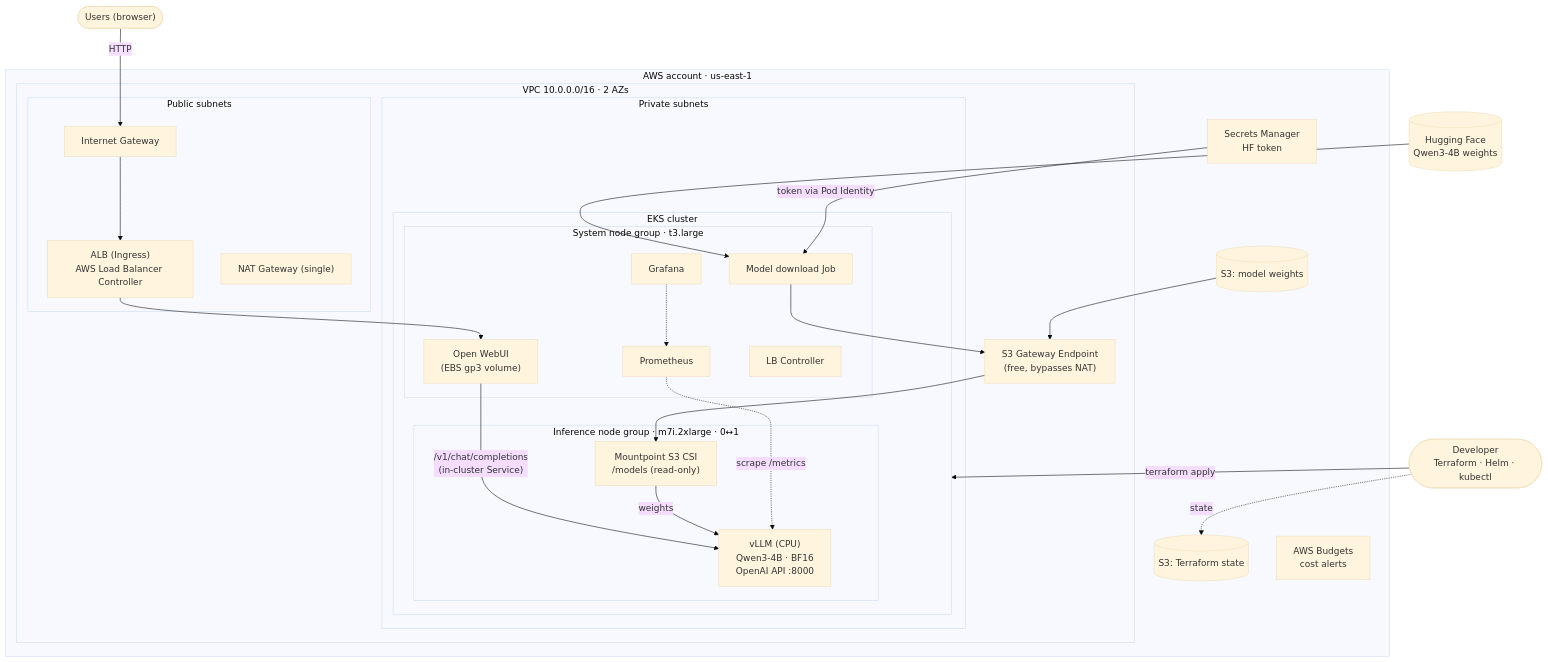
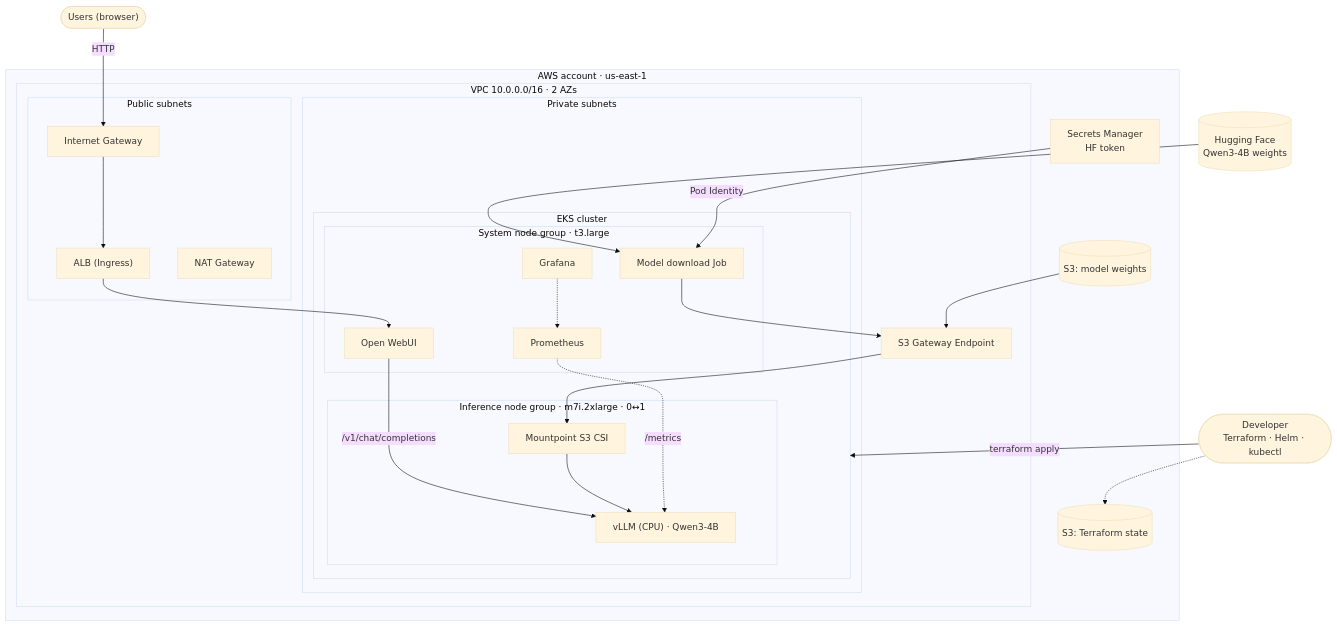
The diagram in README.md (abdelrhmanmohamed1234/Qwen3-4B-on-Amazon-EKS-with-vLLM), drawn with Mermaid (base theme) before and after one commit. The commit also changed other lines of this file and 2 other files, not shown here.

Commit message:
Redesign README with animated architecture diagram

````diff
--- a/README.md
+++ b/README.md
@@ -11,51 +81,46 @@
 ```mermaid
 flowchart TB
     user(["Users (browser)"])
     dev(["Developer<br/>Terraform · Helm · kubectl"])
     hf[("Hugging Face<br/>Qwen3-4B weights")]
 
     subgraph aws["AWS account · us-east-1"]
         sm["Secrets Manager<br/>HF token"]
         s3m[("S3: model weights")]
         s3s[("S3: Terraform state")]
-        budget["AWS Budgets<br/>cost alerts"]
 
         subgraph vpc["VPC 10.0.0.0/16 · 2 AZs"]
             subgraph pub["Public subnets"]
                 igw["Internet Gateway"]
-                alb["ALB (Ingress)<br/>AWS Load Balancer Controller"]
-                nat["NAT Gateway (single)"]
+                alb["ALB (Ingress)"]
+                nat["NAT Gateway"]
             end
-
             subgraph priv["Private subnets"]
                 subgraph eks["EKS cluster"]
                     subgraph sys["System node group · t3.large"]
-                        owui["Open WebUI<br/>(EBS gp3 volume)"]
+                        owui["Open WebUI"]
                         prom["Prometheus"]
                         graf["Grafana"]
-                        lbc["LB Controller"]
                         job["Model download Job"]
                     end
                     subgraph inf["Inference node group · m7i.2xlarge · 0↔1"]
-                        vllm["vLLM (CPU)<br/>Qwen3-4B · BF16<br/>OpenAI API :8000"]
-                        mp["Mountpoint S3 CSI<br/>/models (read-only)"]
+                        vllm["vLLM (CPU) · Qwen3-4B"]
+                        mp["Mountpoint S3 CSI"]
                     end
                 end
             end
-            s3ep["S3 Gateway Endpoint<br/>(free, bypasses NAT)"]
+            s3ep["S3 Gateway Endpoint"]
         end
     end
 
     user -->|HTTP| igw --> alb --> owui
-    owui -->|"/v1/chat/completions<br/>(in-cluster Service)"| vllm
-    mp -->|weights| vllm
+    owui -->|/v1/chat/completions| vllm
+    mp --> vllm
     s3m --> s3ep --> mp
-    hf --> job
-    sm -->|token via Pod Identity| job
-    job --> s3ep
-    prom -.->|scrape /metrics| vllm
+    hf --> job --> s3ep
+    sm -->|Pod Identity| job
+    prom -.->|/metrics| vllm
     graf -.-> prom
-
     dev -->|terraform apply| eks
-    dev -.->|state| s3s
+    dev -.-> s3s
 ```
````
